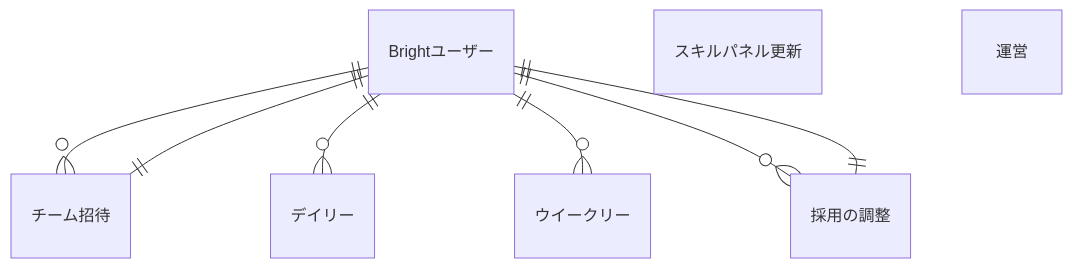
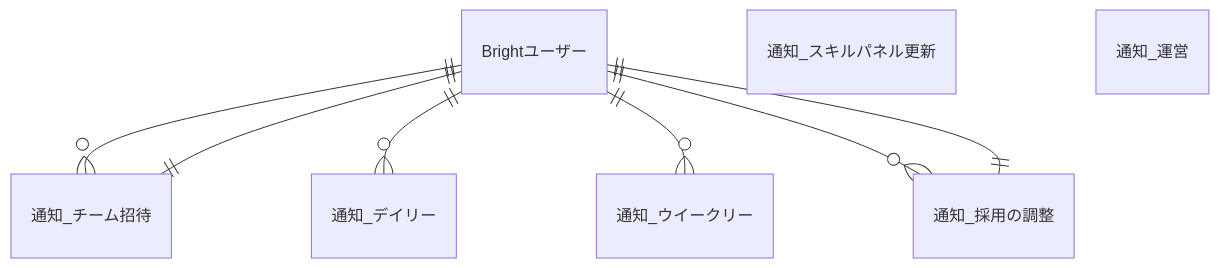
Before and after one commit to bright-org/bright: the first of 4 diagrams in docs/conceptual_schemas/notifications.md, drawn with Mermaid. The commit also changed other lines of this file, not shown here.

```````diff
--- a/docs/conceptual_schemas/notifications.md
+++ b/docs/conceptual_schemas/notifications.md
@@ -11,15 +11,15 @@
 ```mermaid
 erDiagram
-  "Brightユーザー" ||--o{ "チーム招待" : ""
-  "チーム招待" ||--|| "Brightユーザー" : ""
+  "Brightユーザー" ||--o{ "通知_チーム招待" : ""
+  "通知_チーム招待" ||--|| "Brightユーザー" : ""
 
-  "Brightユーザー" ||--o{ "デイリー" : ""
-  "Brightユーザー" ||--o{ "ウイークリー" : ""
+  "Brightユーザー" ||--o{ "通知_デイリー" : ""
+  "Brightユーザー" ||--o{ "通知_ウイークリー" : ""
 
-  "Brightユーザー" ||--o{ "採用の調整" : ""
-  "採用の調整" ||--|| "Brightユーザー" : ""
+  "Brightユーザー" ||--o{ "通知_採用の調整" : ""
+  "通知_採用の調整" ||--|| "Brightユーザー" : ""
 
-  "スキルパネル更新"
-  "運営"
+  "通知_スキルパネル更新"
+  "通知_運営"
 
 ``````
```````
